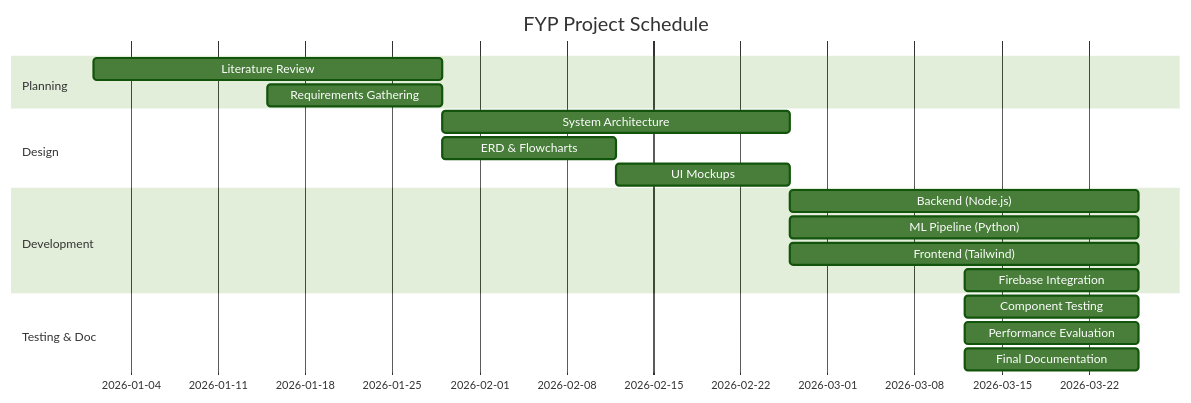
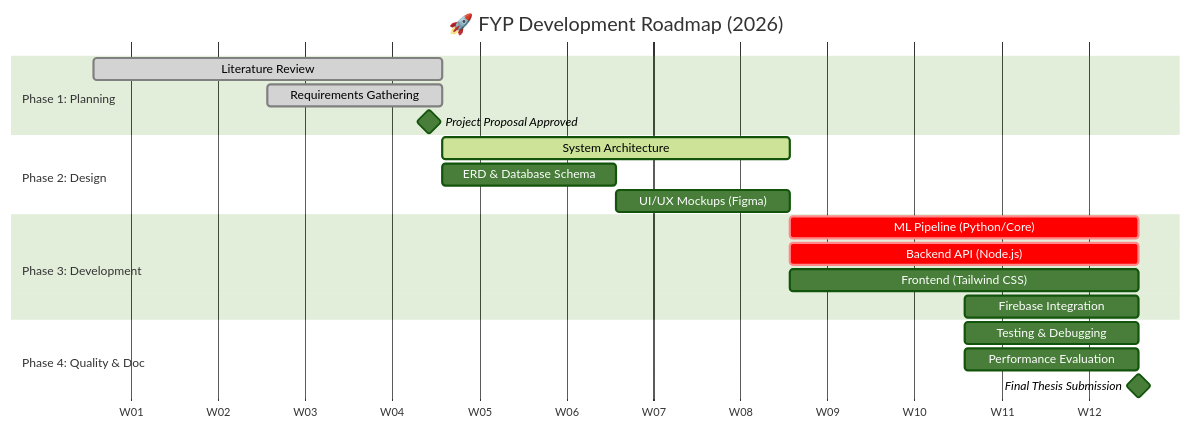
Before and after one commit to Bukhhh/TestGanttChart: the diagram in README.md, drawn with Mermaid (forest theme).

````diff
--- a/README.md
+++ b/README.md
@@ -1,21 +1,29 @@
 ```mermaid
 gantt
-    title FYP Project Schedule
+    title 🚀 FYP Development Roadmap (2026)
     dateFormat  YYYY-MM-DD
-    section Planning
-    Literature Review       :a1, 2026-01-01, 4w
-    Requirements Gathering  :a2, 2026-01-15, 2w
-    section Design
-    System Architecture     :b1, 2026-01-29, 4w
-    ERD & Flowcharts        :b2, 2026-01-29, 2w
-    UI Mockups              :b3, 2026-02-12, 2w
-    section Development
-    Backend (Node.js)       :c1, 2026-02-26, 4w
-    ML Pipeline (Python)    :c2, 2026-02-26, 4w
-    Frontend (Tailwind)     :c3, 2026-02-26, 4w
-    Firebase Integration    :c4, 2026-03-12, 2w
-    section Testing & Doc
-    Component Testing       :d1, 2026-03-12, 2w
-    Performance Evaluation  :d2, 2026-03-12, 2w
-    Final Documentation     :d3, 2026-03-12, 2w
+    axisFormat  W%U
+    
+    %% Colors: crit = red, active = blue, done = grey
+
+    section Phase 1: Planning
+    Literature Review          :done, p1, 2026-01-01, 4w
+    Requirements Gathering     :done, p2, 2026-01-15, 2w
+    Project Proposal Approved  :milestone, m1, 2026-01-28, 0d
+
+    section Phase 2: Design
+    System Architecture        :active, d1, 2026-01-29, 4w
+    ERD & Database Schema      :d2, 2026-01-29, 2w
+    UI/UX Mockups (Figma)      :d3, 2026-02-12, 2w
+
+    section Phase 3: Development
+    ML Pipeline (Python/Core)  :crit, dev1, 2026-02-26, 4w
+    Backend API (Node.js)      :crit, dev2, 2026-02-26, 4w
+    Frontend (Tailwind CSS)    :dev3, 2026-02-26, 4w
+    Firebase Integration       :dev4, 2026-03-12, 2w
+
+    section Phase 4: Quality & Doc
+    Testing & Debugging        :t1, 2026-03-12, 2w
+    Performance Evaluation     :t2, 2026-03-12, 2w
+    Final Thesis Submission    :milestone, m2, 2026-03-26, 0d
 ```
````
